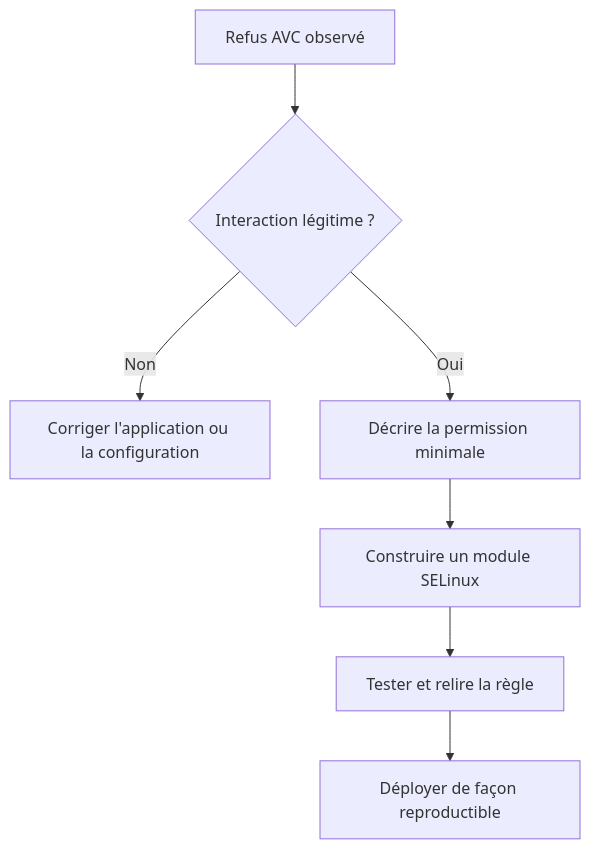
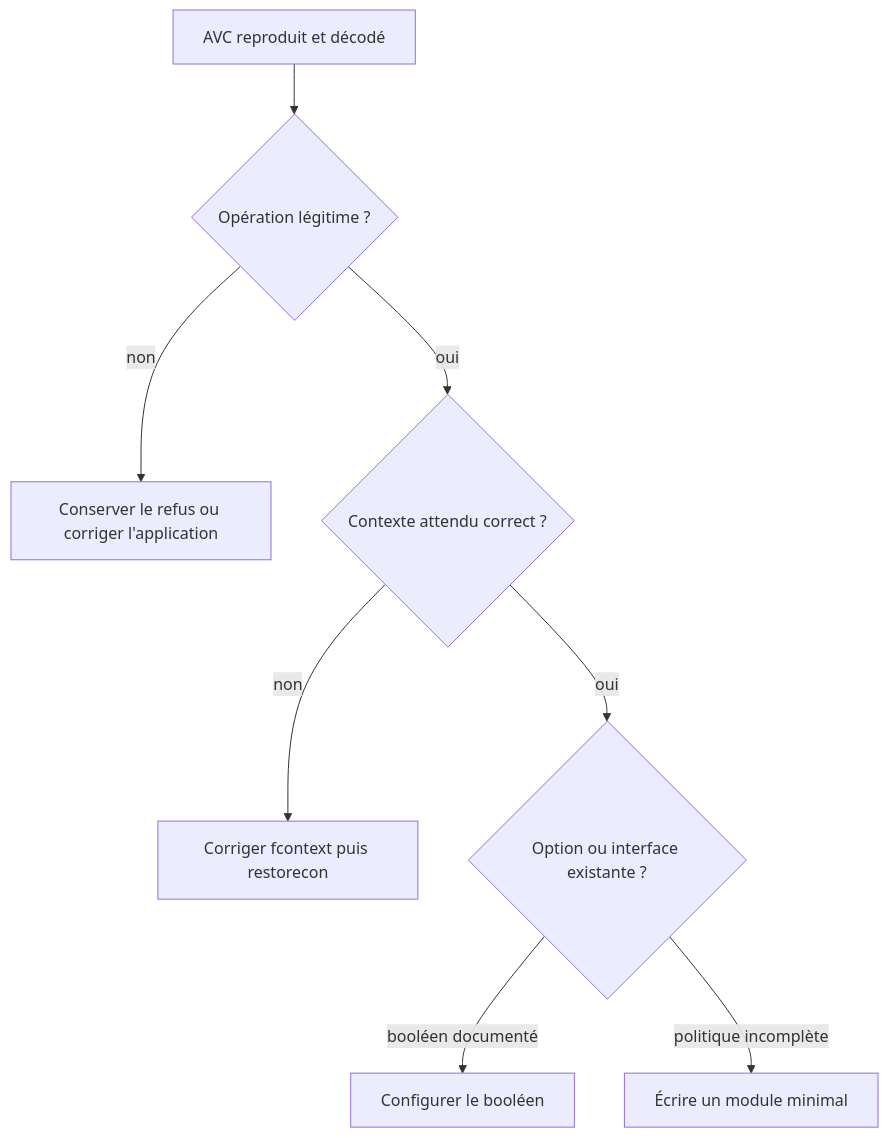
Before and after one commit to tdelaclos/formations: the first of 2 diagrams in sentinel/docs/campagne_06/6.5-creation-regles-selinux.md, drawn with Mermaid. The commit also changed other lines of this file and 5 other files, not shown here.

````diff
--- a/sentinel/docs/campagne_06/6.5-creation-regles-selinux.md
+++ b/sentinel/docs/campagne_06/6.5-creation-regles-selinux.md
@@ -228,9 +42,10 @@
 ```mermaid
 flowchart TD
-    AVC["Refus AVC observé"] --> Need{"Interaction légitime ?"}
-    Need -->|Non| Fix["Corriger l'application ou la configuration"]
-    Need -->|Oui| Minimal["Décrire la permission minimale"]
-    Minimal --> Module["Construire un module SELinux"]
-    Module --> Test["Tester et relire la règle"]
-    Test --> Deploy["Déployer de façon reproductible"]
+    AVC["AVC reproduit et décodé"] --> Legit{"Opération légitime ?"}
+    Legit -->|non| Keep["Conserver le refus ou corriger l'application"]
+    Legit -->|oui| Label{"Contexte attendu correct ?"}
+    Label -->|non| Relabel["Corriger fcontext puis restorecon"]
+    Label -->|oui| Existing{"Option ou interface existante ?"}
+    Existing -->|booléen documenté| Boolean["Configurer le booléen"]
+    Existing -->|politique incomplète| Module["Écrire un module minimal"]
 ```
````
